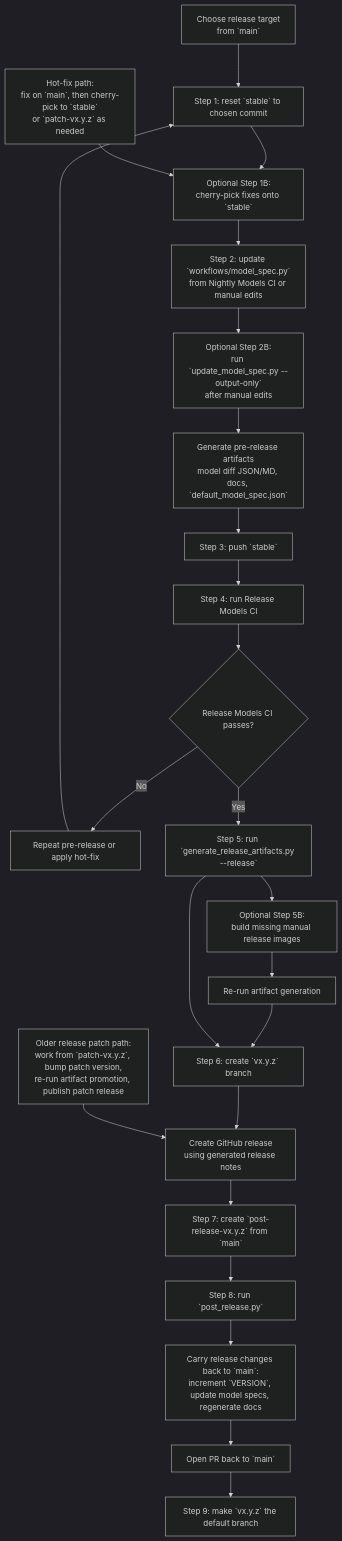
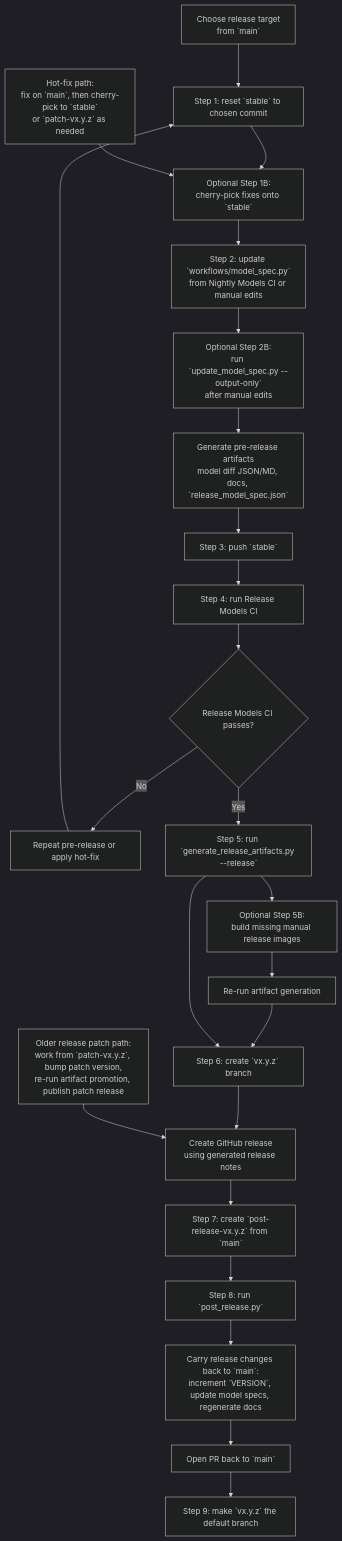
Before and after one commit to tenstorrent/tt-inference-server: the diagram in scripts/release/README.md, drawn with Mermaid (dark theme). The commit also changed other lines of this file and 6 other files, not shown here.

Commit message:
rename default_model_spec.json to release_model_spec.json for pre and post release

````diff
--- a/scripts/release/README.md
+++ b/scripts/release/README.md
@@ -45,30 +45,30 @@
 ```mermaid
 flowchart TD
   start["Choose release target<br/>from `main`"] --> stable["Step 1: reset `stable` to chosen commit"]
   stable --> cherry["Optional Step 1B:<br/>cherry-pick fixes onto `stable`"]
   cherry --> modelSpec["Step 2: update `workflows/model_spec.py`<br/>from Nightly Models CI or manual edits"]
   modelSpec --> outputOnly["Optional Step 2B:<br/>run `update_model_spec.py --output-only`<br/>after manual edits"]
-  outputOnly --> prereleaseArtifacts["Generate pre-release artifacts<br/>model diff JSON/MD, docs, `default_model_spec.json`"]
+  outputOnly --> prereleaseArtifacts["Generate pre-release artifacts<br/>model diff JSON/MD, docs, `release_model_spec.json`"]
   prereleaseArtifacts --> pushStable["Step 3: push `stable`"]
   pushStable --> releaseCi["Step 4: run Release Models CI"]
 
   releaseCi --> ciGate{"Release Models CI passes?"}
   ciGate -->|"No"| retry["Repeat pre-release or apply hot-fix"]
   retry --> stable
   ciGate -->|"Yes"| releaseArtifacts["Step 5: run `generate_release_artifacts.py --release`"]
 
   releaseArtifacts --> manualImages["Optional Step 5B:<br/>build missing manual release images"]
   manualImages --> regenerate["Re-run artifact generation"]
   regenerate --> branchRelease["Step 6: create `vx.y.z` branch"]
   releaseArtifacts --> branchRelease
   branchRelease --> githubRelease["Create GitHub release<br/>using generated release notes"]
 
   githubRelease --> postBranch["Step 7: create `post-release-vx.y.z` from `main`"]
   postBranch --> postRelease["Step 8: run `post_release.py`"]
   postRelease --> carryForward["Carry release changes back to `main`:<br/>increment `VERSION`, update model specs, regenerate docs"]
   carryForward --> prMain["Open PR back to `main`"]
   prMain --> defaultBranch["Step 9: make `vx.y.z` the default branch"]
 
   hotfix["Hot-fix path:<br/>fix on `main`, then cherry-pick to `stable`<br/>or `patch-vx.y.z` as needed"] --> cherry
   olderPatch["Older release patch path:<br/>work from `patch-vx.y.z`, bump patch version,<br/>re-run artifact promotion, publish patch release"] --> githubRelease
 ```
````
